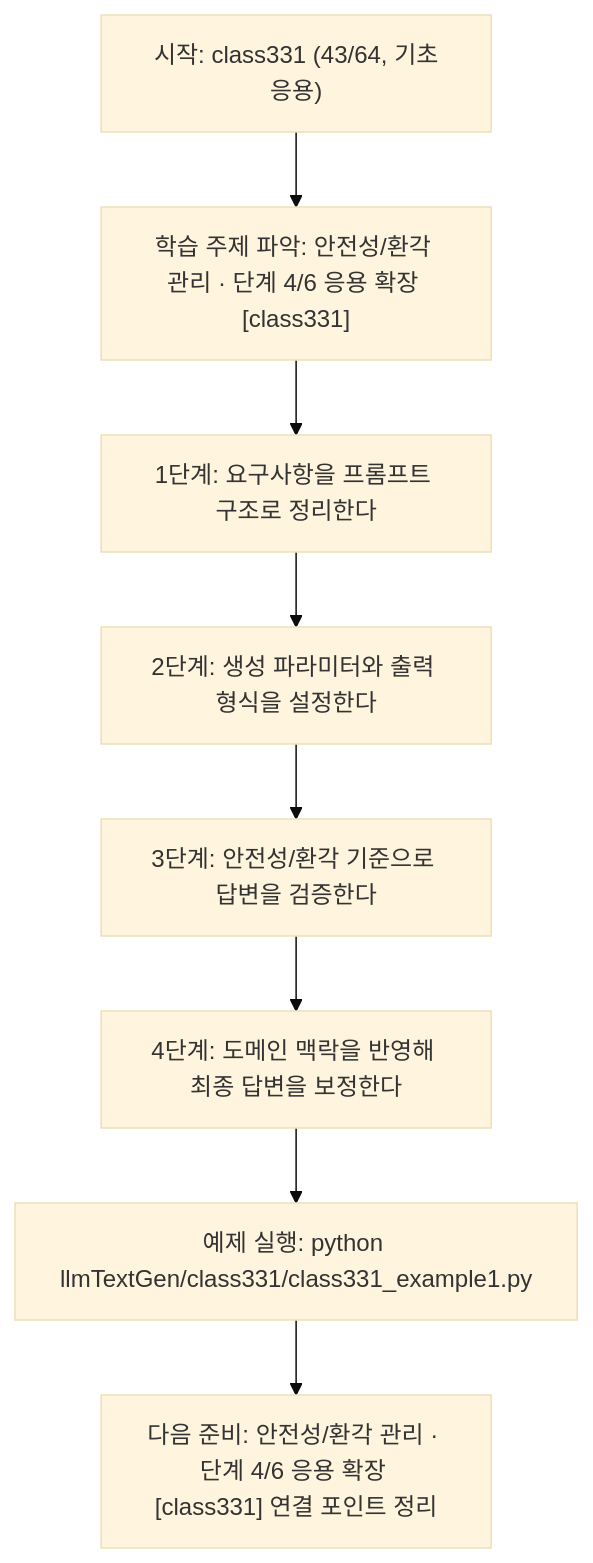
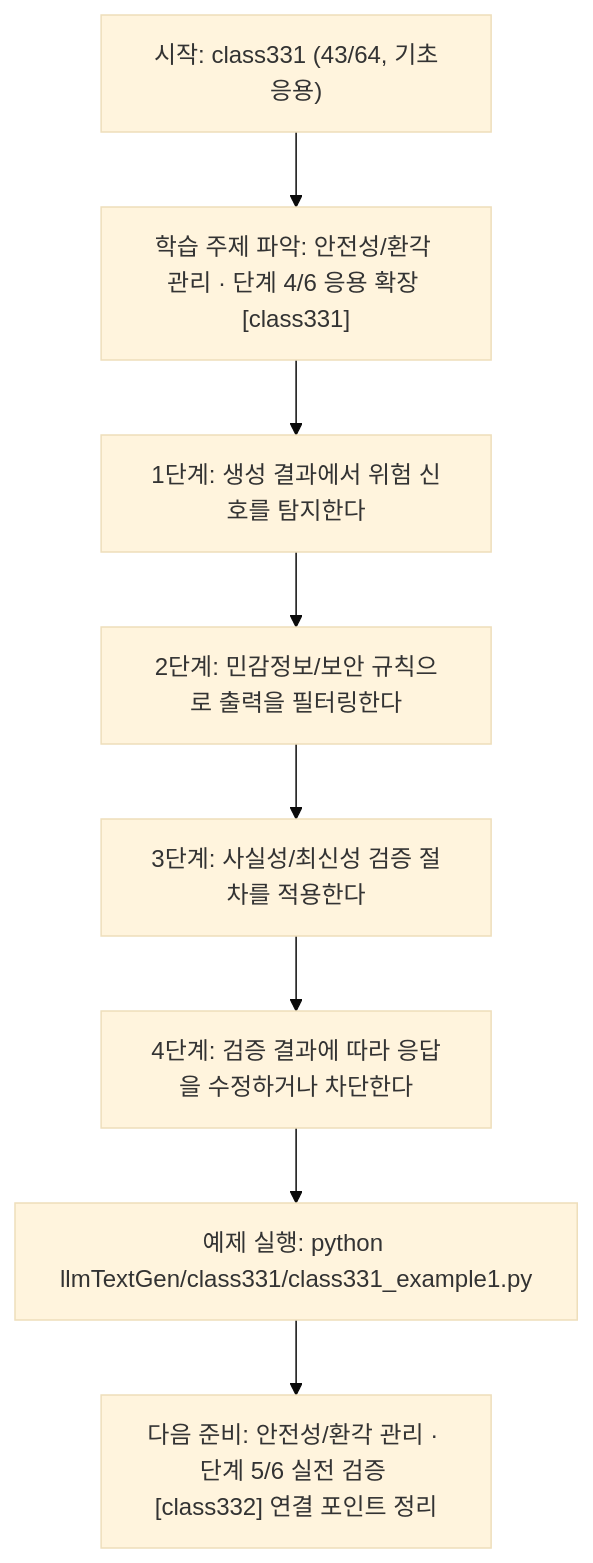
One commit to edumgt/Python-AI_Agent-Class changed the diagram in llmTextGen/class331/class331.md. Above: the diagram before and after it, drawn with Mermaid (base theme). The commit also changed other lines of this file and 451 other files, not shown here.

````diff
--- a/llmTextGen/class331/class331.md
+++ b/llmTextGen/class331/class331.md
@@ -114,18 +95,18 @@
 ```mermaid
 flowchart TD
 N1["시작: class331 (43/64, 기초응용)"]
 N2["학습 주제 파악: 안전성/환각 관리 · 단계 4/6 응용 확장 [class331]"]
-N3["1단계: 요구사항을 프롬프트 구조로 정리한다"]
-N4["2단계: 생성 파라미터와 출력 형식을 설정한다"]
-N5["3단계: 안전성/환각 기준으로 답변을 검증한다"]
-N6["4단계: 도메인 맥락을 반영해 최종 답변을 보정한다"]
+N3["1단계: 생성 결과에서 위험 신호를 탐지한다"]
+N4["2단계: 민감정보/보안 규칙으로 출력을 필터링한다"]
+N5["3단계: 사실성/최신성 검증 절차를 적용한다"]
+N6["4단계: 검증 결과에 따라 응답을 수정하거나 차단한다"]
 N7["예제 실행: python llmTextGen/class331/class331_example1.py"]
-N8["다음 준비: 안전성/환각 관리 · 단계 4/6 응용 확장 [class331] 연결 포인트 정리"]
+N8["다음 준비: 안전성/환각 관리 · 단계 5/6 실전 검증 [class332] 연결 포인트 정리"]
 N1 --> N2
 N2 --> N3
 N3 --> N4
 N4 --> N5
 N5 --> N6
 N6 --> N7
 N7 --> N8
 ```
````
